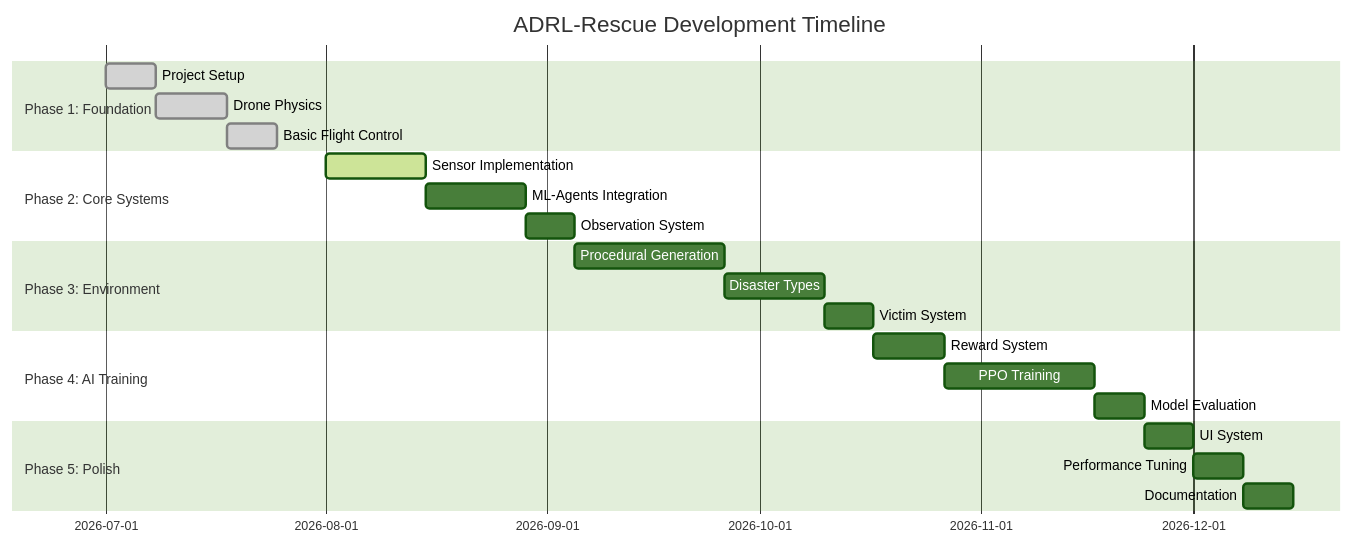
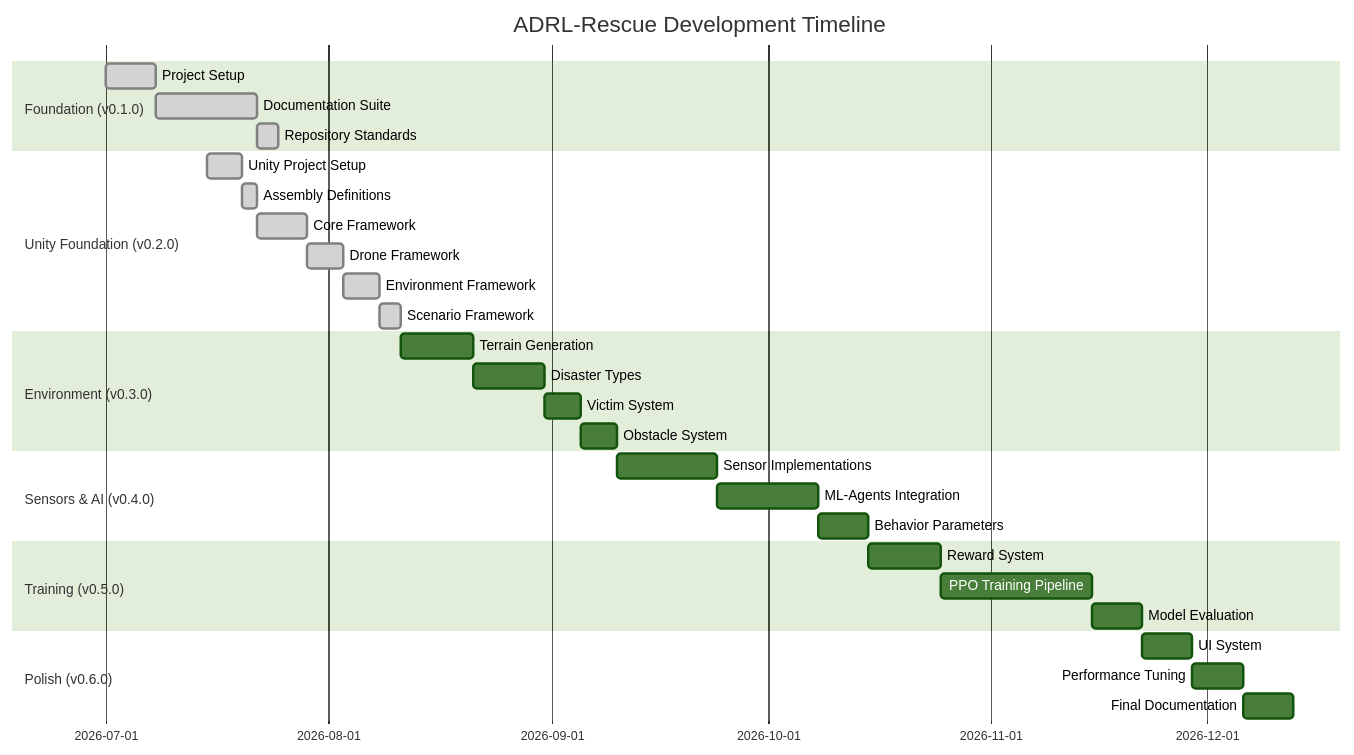
One commit to NihaalGharat/ADRL-Rescue changed the diagram in Documentation/04_DEVELOPMENT_ROADMAP.md. Above: the diagram before and after it, drawn with Mermaid (forest theme). The commit also changed other lines of this file and 12 other files, not shown here.

````diff
--- a/Documentation/04_DEVELOPMENT_ROADMAP.md
+++ b/Documentation/04_DEVELOPMENT_ROADMAP.md
@@ -13,30 +15,39 @@
 ```mermaid
 gantt
     title ADRL-Rescue Development Timeline
     dateFormat  YYYY-MM-DD
     
-    section Phase 1: Foundation
+    section Foundation (v0.1.0)
     Project Setup           :done, p1a, 2026-07-01, 7d
-    Drone Physics           :done, p1b, after p1a, 10d
-    Basic Flight Control    :done, p1c, after p1b, 7d
+    Documentation Suite     :done, p1b, after p1a, 14d
+    Repository Standards    :done, p1c, after p1b, 3d
     
-    section Phase 2: Core Systems
-    Sensor Implementation   :active, p2a, 2026-08-01, 14d
-    ML-Agents Integration   :p2b, after p2a, 14d
-    Observation System      :p2c, after p2b, 7d
+    section Unity Foundation (v0.2.0)
+    Unity Project Setup     :done, p2a, 2026-07-15, 5d
+    Assembly Definitions    :done, p2b, after p2a, 2d
+    Core Framework          :done, p2c, after p2b, 7d
+    Drone Framework         :done, p2d, after p2c, 5d
+    Environment Framework   :done, p2e, after p2d, 5d
+    Scenario Framework      :done, p2f, after p2e, 3d
     
-    section Phase 3: Environment
-    Procedural Generation   :p3a, after p2c, 21d
-    Disaster Types          :p3b, after p3a, 14d
-    Victim System           :p3c, after p3b, 7d
+    section Environment (v0.3.0)
+    Terrain Generation      :p3a, after p2f, 10d
+    Disaster Types          :p3b, after p3a, 10d
+    Victim System           :p3c, after p3b, 5d
+    Obstacle System         :p3d, after p3c, 5d
     
-    section Phase 4: AI Training
-    Reward System           :p4a, after p3c, 10d
-    PPO Training            :p4b, after p4a, 21d
-    Model Evaluation        :p4c, after p4b, 7d
+    section Sensors & AI (v0.4.0)
+    Sensor Implementations  :p4a, after p3d, 14d
+    ML-Agents Integration   :p4b, after p4a, 14d
+    Behavior Parameters     :p4c, after p4b, 7d
     
-    section Phase 5: Polish
-    UI System               :p5a, after p4c, 7d
-    Performance Tuning      :p5b, after p5a, 7d
-    Documentation           :p5c, after p5b, 7d
+    section Training (v0.5.0)
+    Reward System           :p5a, after p4c, 10d
+    PPO Training Pipeline   :p5b, after p5a, 21d
+    Model Evaluation        :p5c, after p5b, 7d
+    
+    section Polish (v0.6.0)
+    UI System               :p6a, after p5c, 7d
+    Performance Tuning      :p6b, after p6a, 7d
+    Final Documentation     :p6c, after p6b, 7d
 ```
````
